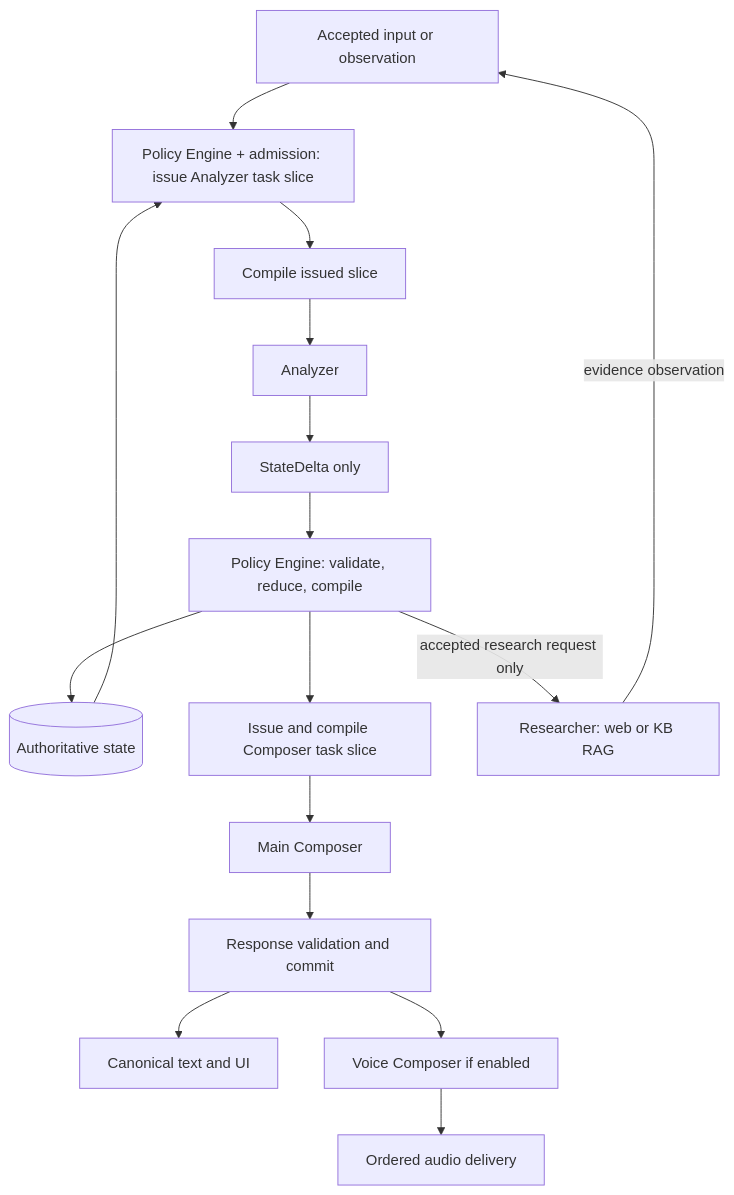
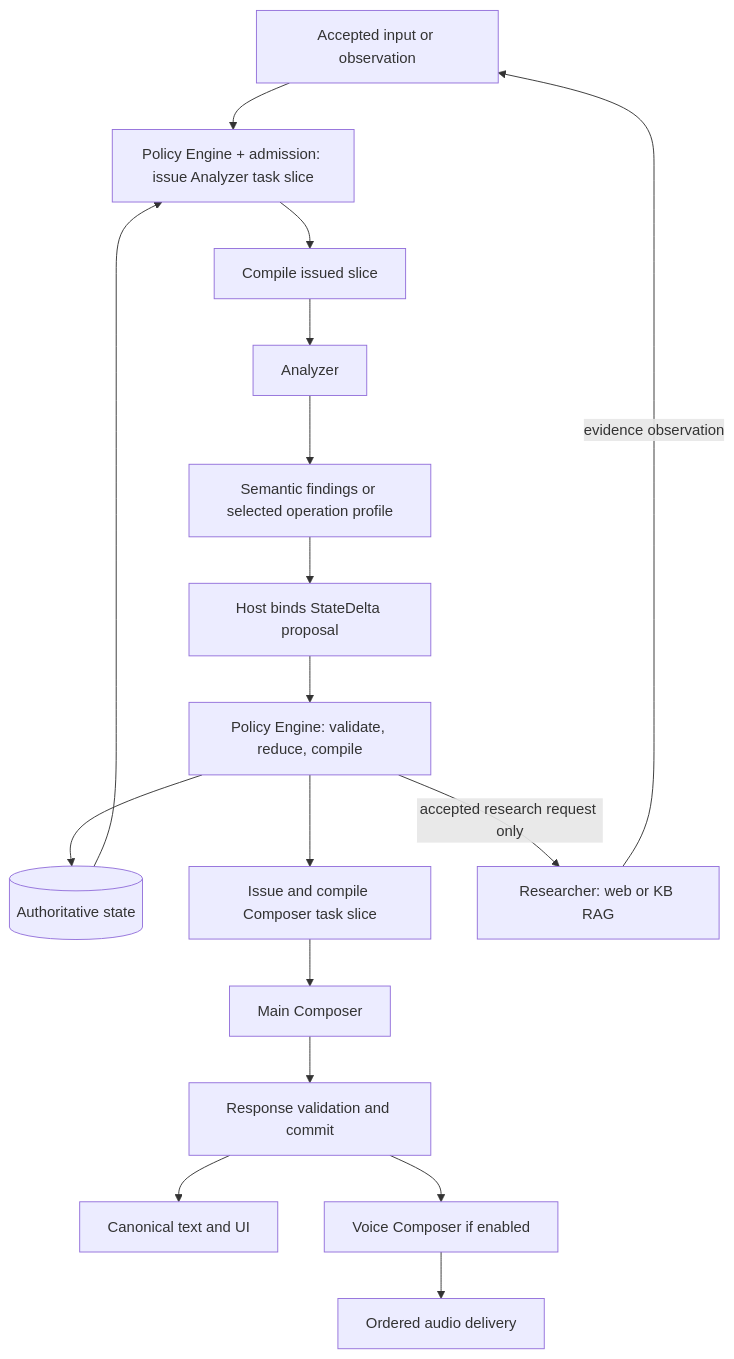
Before and after one commit to oleksandr-rud/cascade-codex: the diagram in .codex/plugins/cascade-ai-architect/skills/design-agent-blueprint/references/analyzer-policy-composer.md, drawn with Mermaid. The commit also changed other lines of this file and 45 other files, not shown here.

````diff
--- a/.codex/plugins/cascade-ai-architect/skills/design-agent-blueprint/references/analyzer-policy-composer.md
+++ b/.codex/plugins/cascade-ai-architect/skills/design-agent-blueprint/references/analyzer-policy-composer.md
@@ -34,18 +34,19 @@
 ```mermaid
 flowchart TD
     I[Accepted input or observation] --> X[Policy Engine + admission: issue Analyzer task slice]
     S[(Authoritative state)] --> X
     X --> F[Compile issued slice]
     F --> A[Analyzer]
-    A --> D[StateDelta only]
+    A --> B[Semantic findings or selected operation profile]
+    B --> D[Host binds StateDelta proposal]
     D --> P[Policy Engine: validate, reduce, compile]
     P --> S
     P --> C[Issue and compile Composer task slice]
     C --> M[Main Composer]
     M --> G[Response validation and commit]
     G --> T[Canonical text and UI]
     G --> V[Voice Composer if enabled]
     V --> O[Ordered audio delivery]
     P -->|accepted research request only| R[Researcher: web or KB RAG]
     R -->|evidence observation| I
 ```
````
